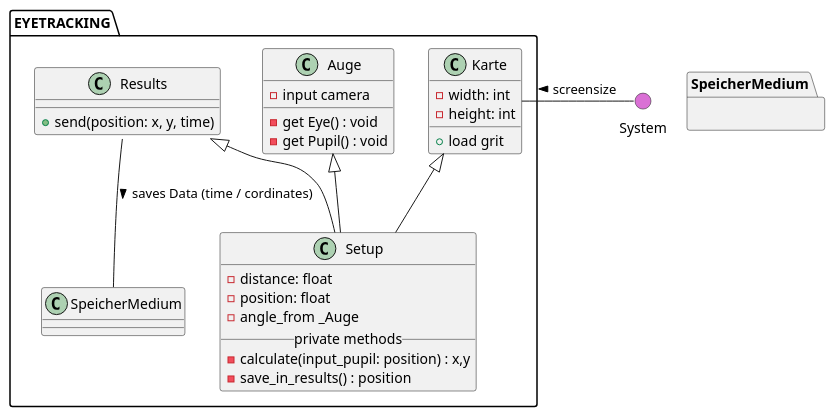
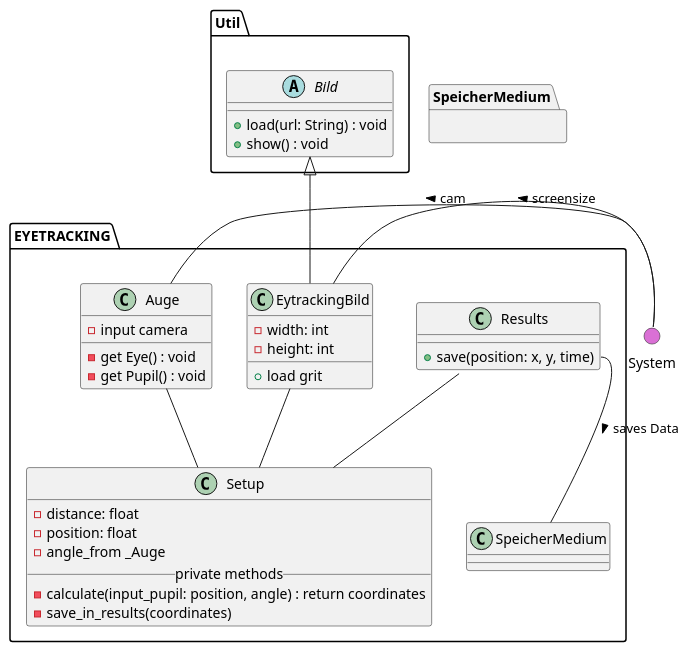
One commit to weichware10/meilensteine changed the diagram in meilenstein_03/uml-eyetracking/eyetracking.puml. Above: the diagram before and after it, drawn with PlantUML.

```diff
--- a/meilenstein_03/uml-eyetracking/eyetracking.puml
+++ b/meilenstein_03/uml-eyetracking/eyetracking.puml
@@ -1,59 +1,80 @@
 @startuml
 ' skinparam backgroundColor transparent
 () System #DA70D5
 top to bottom direction
+
+
+package Util {
+
+   
+
+  
+
+
+    ' --- BILD ---
+
+    abstract Bild {
+      + load(url: String) : void
+      + show() : void
+    }
+
+  
+}
+
 
 ' === EYETRACKING ===
 package EYETRACKING {
 
     ' Auge
     class Auge {
         - input camera
         - get Eye() : void
         - get Pupil() : void
     }
 
-    ' Zoom Karte
-    class Karte {
+    ' EytrackingBild
+    class EytrackingBild {
         - width: int
         - height: int
         __
         + load grit
     }
   
     ' Setup
     class Setup {
         - distance: float
         - position: float
         - angle_from _Auge
         __private methods__
-        - calculate(input_pupil: position) : x,y
-        - save_in_results() : position
+        - calculate(input_pupil: position, angle) : return coordinates
+        - save_in_results(coordinates)
     }
 
     ' Results
     class Results {
-        + send(position: x, y, time)
+        + save(position: x, y, time)
     }
 
 
     ' Vererbungen
-    Results <|-- Setup
-    Auge <|-- Setup
-    Karte <|-- Setup
+    Results -- Setup
+    Auge -- Setup
+    EytrackingBild -- Setup
+    Bild <|-- EytrackingBild
     
 
     
 
     ' Andere Module
-    Results::save -- SpeicherMedium : > saves Data (time / cordinates)
-    Karte -r- System : < screensize
+    Results::save -- SpeicherMedium : > saves Data 
+    EytrackingBild  -r- System : < screensize
+    Auge -r- System : < cam
   
 }
 
 ' Blackboxen / Andere Module
 
 
 
 package SpeicherMedium {}
 @enduml
```
